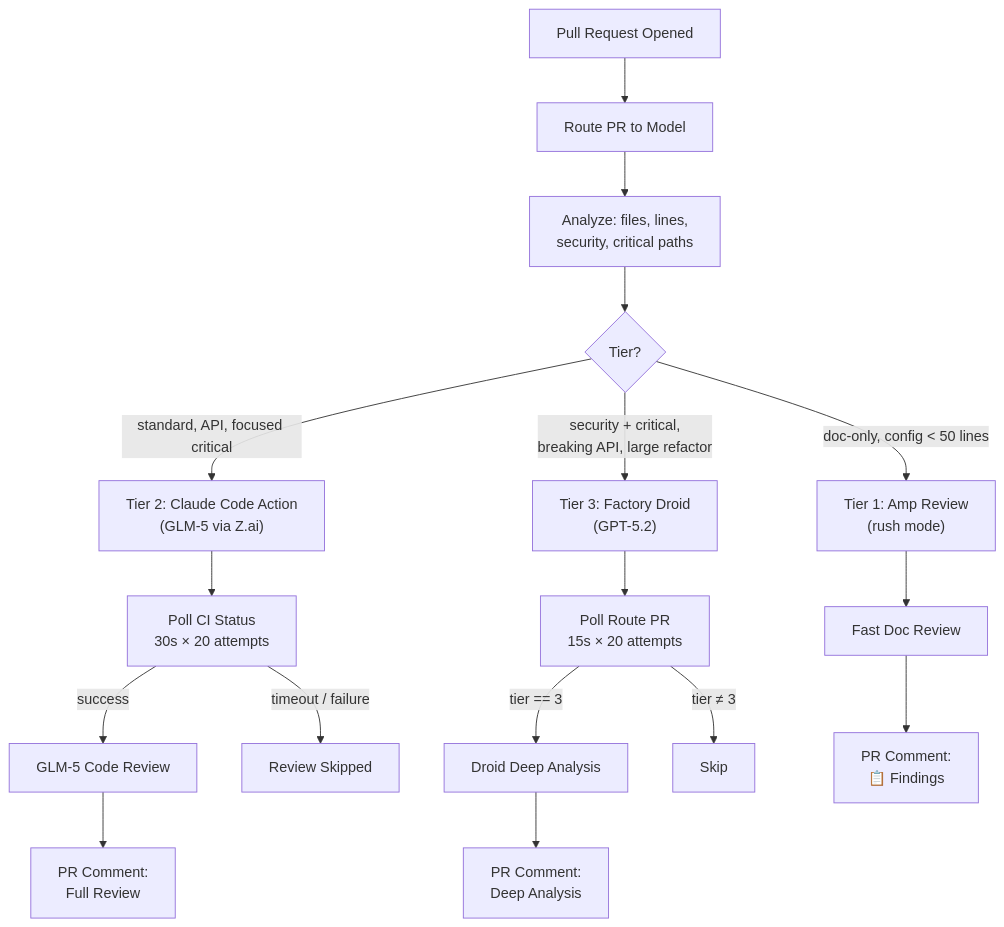
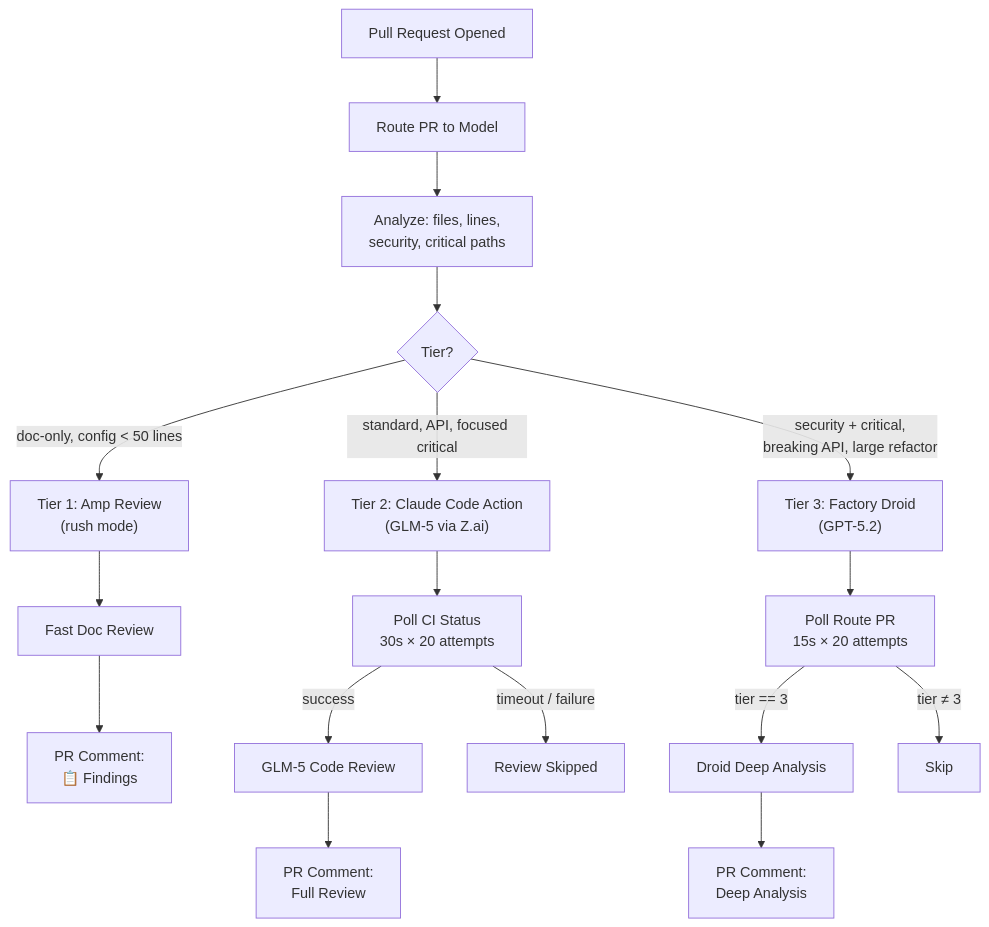
One commit to shrwnsan/research changed the first of 3 diagrams in _posts/2026-03-17-tiered-model-selection-in-practice.md. Above: the diagram before and after it, drawn with Mermaid.

Commit message:
fix(mermaid): reorder tier flow for correct left-to-right rendering

````diff
--- a/_posts/2026-03-17-tiered-model-selection-in-practice.md
+++ b/_posts/2026-03-17-tiered-model-selection-in-practice.md
@@ -55,24 +55,23 @@
 ```mermaid
 flowchart TD
     PR["Pull Request Opened"] --> Route["Route PR to Model"]
     Route --> Analyze["Analyze: files, lines,<br/>security, critical paths"]
     Analyze --> Decision{"Tier?"}
 
     Decision -->|"doc-only, config < 50 lines"| T1["Tier 1: Amp Review<br/>(rush mode)"]
     Decision -->|"standard, API, focused critical"| T2["Tier 2: Claude Code Action<br/>(GLM-5 via Z.ai)"]
     Decision -->|"security + critical,<br/>breaking API, large refactor"| T3["Tier 3: Factory Droid<br/>(GPT-5.2)"]
 
+    T1 --> Review1["Fast Doc Review"]
+    Review1 --> Comment1["PR Comment:<br/>📋 Findings"]
+
     T2 --> PollCI["Poll CI Status<br/>30s × 20 attempts"]
     PollCI -->|success| Review2["GLM-5 Code Review"]
     PollCI -->|timeout / failure| Skip2["Review Skipped"]
+    Review2 --> Comment2["PR Comment:<br/>Full Review"]
 
     T3 --> PollRoute["Poll Route PR<br/>15s × 20 attempts"]
     PollRoute -->|tier == 3| Review3["Droid Deep Analysis"]
     PollRoute -->|tier ≠ 3| Skip3["Skip"]
-
-    T1 --> Review1["Fast Doc Review"]
-
-    Review1 --> Comment1["PR Comment:<br/>📋 Findings"]
-    Review2 --> Comment2["PR Comment:<br/>Full Review"]
     Review3 --> Comment3["PR Comment:<br/>Deep Analysis"]
 ```
````
